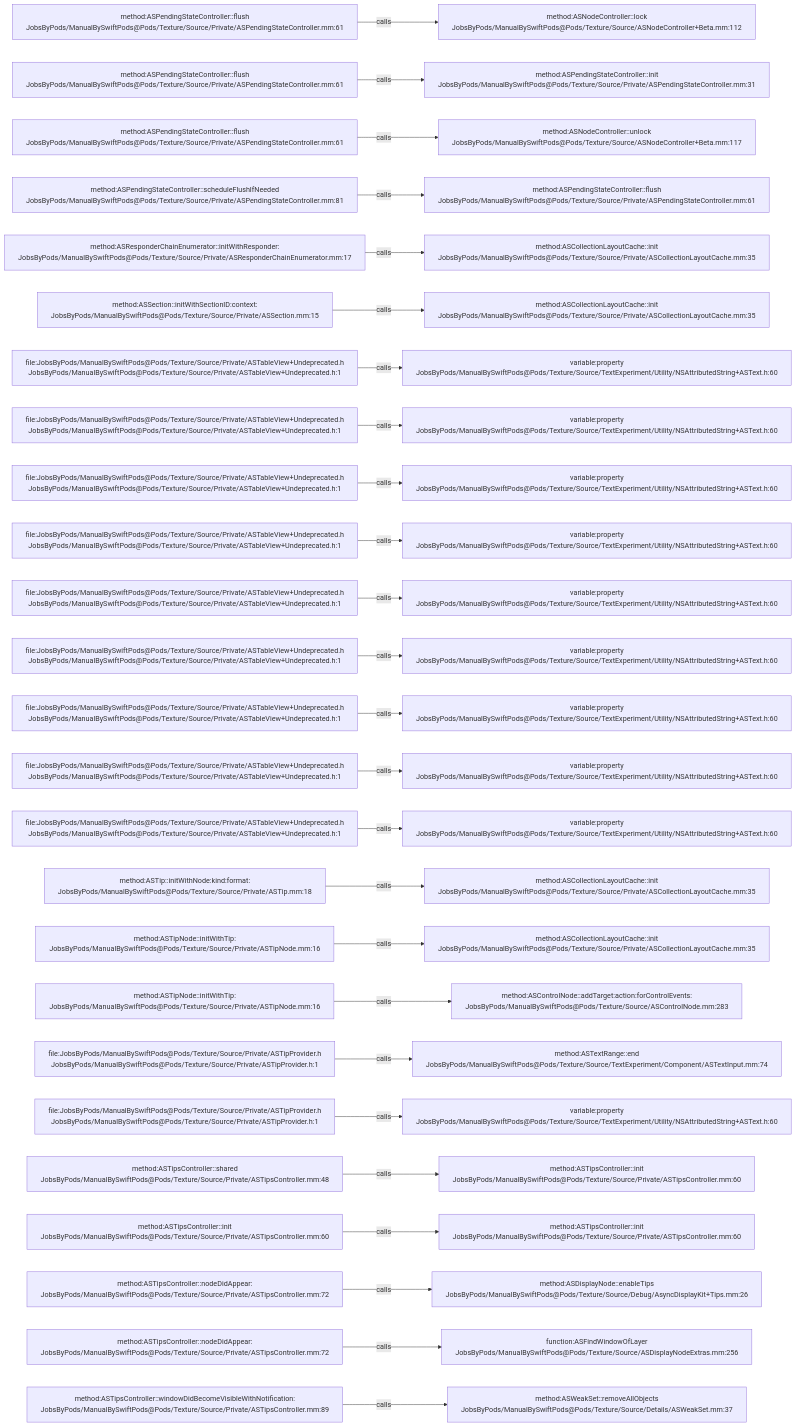
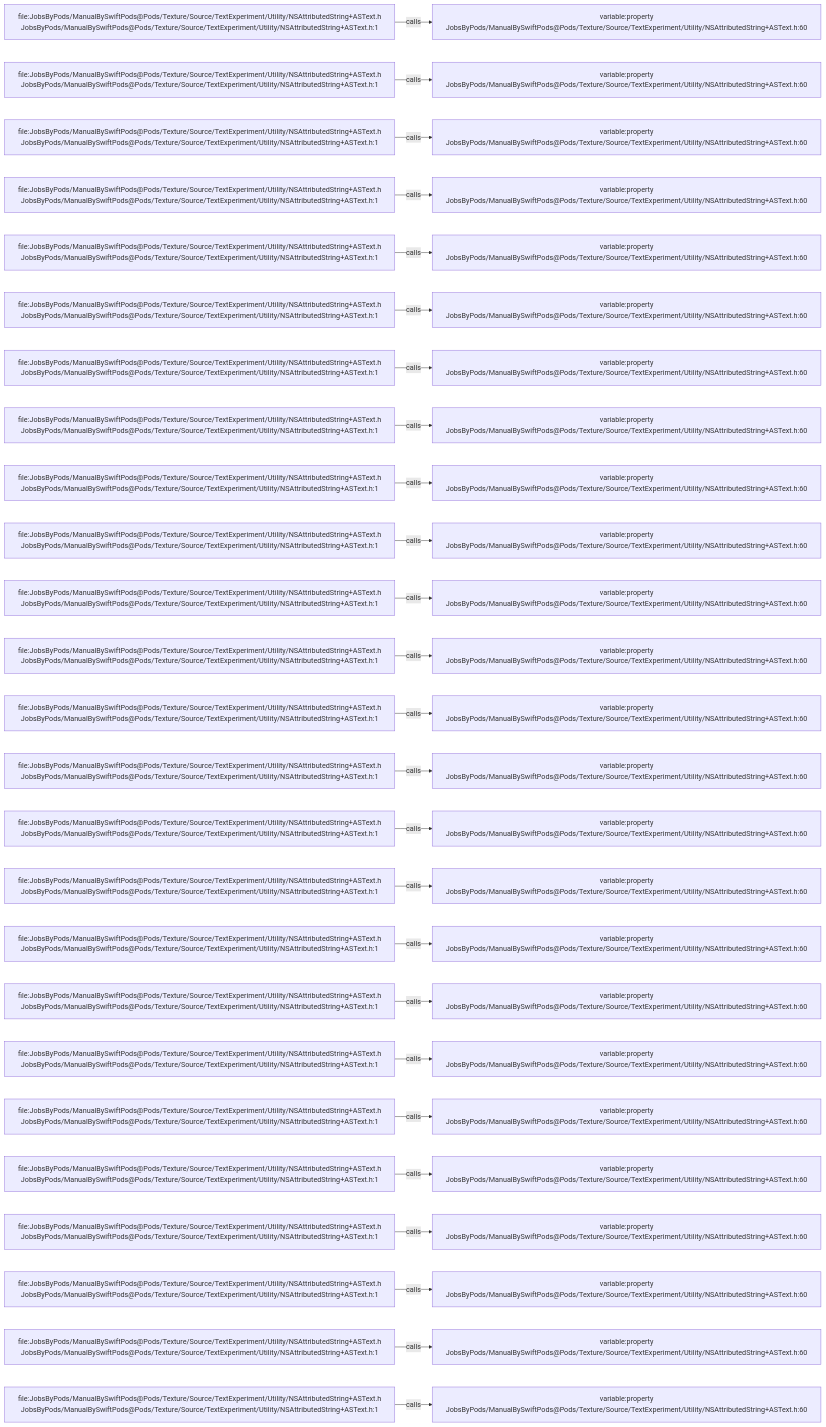
One commit to JobsKits/JobsSwiftBaseConfigDemo changed the diagram in .codegraph/codegraph.md/graphs/calls-141.md. Above: the diagram before and after it, drawn with Mermaid. The commit also changed 832 other files, not shown here.

````diff
--- a/.codegraph/codegraph.md/graphs/calls-141.md
+++ b/.codegraph/codegraph.md/graphs/calls-141.md
@@ -13,78 +13,78 @@
 ```mermaid
 flowchart LR
-  S1["method:ASPendingStateController::flush<br/>JobsByPods/ManualBySwiftPods@Pods/Texture/Source/Private/ASPendingStateController.mm:61"]
-  T1["method:ASNodeController::lock<br/>JobsByPods/ManualBySwiftPods@Pods/Texture/Source/ASNodeController+Beta.mm:112"]
+  S1["file:JobsByPods/ManualBySwiftPods@Pods/Texture/Source/TextExperiment/Utility/NSAttributedString+ASText.h<br/>JobsByPods/ManualBySwiftPods@Pods/Texture/Source/TextExperiment/Utility/NSAttributedString+ASText.h:1"]
+  T1["variable:property<br/>JobsByPods/ManualBySwiftPods@Pods/Texture/Source/TextExperiment/Utility/NSAttributedString+ASText.h:60"]
   S1 -->|calls| T1
-  S2["method:ASPendingStateController::flush<br/>JobsByPods/ManualBySwiftPods@Pods/Texture/Source/Private/ASPendingStateController.mm:61"]
-  T2["method:ASPendingStateController::init<br/>JobsByPods/ManualBySwiftPods@Pods/Texture/Source/Private/ASPendingStateController.mm:31"]
+  S2["file:JobsByPods/ManualBySwiftPods@Pods/Texture/Source/TextExperiment/Utility/NSAttributedString+ASText.h<br/>JobsByPods/ManualBySwiftPods@Pods/Texture/Source/TextExperiment/Utility/NSAttributedString+ASText.h:1"]
+  T2["variable:property<br/>JobsByPods/ManualBySwiftPods@Pods/Texture/Source/TextExperiment/Utility/NSAttributedString+ASText.h:60"]
   S2 -->|calls| T2
-  S3["method:ASPendingStateController::flush<br/>JobsByPods/ManualBySwiftPods@Pods/Texture/Source/Private/ASPendingStateController.mm:61"]
-  T3["method:ASNodeController::unlock<br/>JobsByPods/ManualBySwiftPods@Pods/Texture/Source/ASNodeController+Beta.mm:117"]
+  S3["file:JobsByPods/ManualBySwiftPods@Pods/Texture/Source/TextExperiment/Utility/NSAttributedString+ASText.h<br/>JobsByPods/ManualBySwiftPods@Pods/Texture/Source/TextExperiment/Utility/NSAttributedString+ASText.h:1"]
+  T3["variable:property<br/>JobsByPods/ManualBySwiftPods@Pods/Texture/Source/TextExperiment/Utility/NSAttributedString+ASText.h:60"]
   S3 -->|calls| T3
-  S4["method:ASPendingStateController::scheduleFlushIfNeeded<br/>JobsByPods/ManualBySwiftPods@Pods/Texture/Source/Private/ASPendingStateController.mm:81"]
-  T4["method:ASPendingStateController::flush<br/>JobsByPods/ManualBySwiftPods@Pods/Texture/Source/Private/ASPendingStateController.mm:61"]
+  S4["file:JobsByPods/ManualBySwiftPods@Pods/Texture/Source/TextExperiment/Utility/NSAttributedString+ASText.h<br/>JobsByPods/ManualBySwiftPods@Pods/Texture/Source/TextExperiment/Utility/NSAttributedString+ASText.h:1"]
+  T4["variable:property<br/>JobsByPods/ManualBySwiftPods@Pods/Texture/Source/TextExperiment/Utility/NSAttributedString+ASText.h:60"]
   S4 -->|calls| T4
-  S5["method:ASResponderChainEnumerator::initWithResponder:<br/>JobsByPods/ManualBySwiftPods@Pods/Texture/Source/Private/ASResponderChainEnumerator.mm:17"]
-  T5["method:ASCollectionLayoutCache::init<br/>JobsByPods/ManualBySwiftPods@Pods/Texture/Source/Private/ASCollectionLayoutCache.mm:35"]
+  S5["file:JobsByPods/ManualBySwiftPods@Pods/Texture/Source/TextExperiment/Utility/NSAttributedString+ASText.h<br/>JobsByPods/ManualBySwiftPods@Pods/Texture/Source/TextExperiment/Utility/NSAttributedString+ASText.h:1"]
+  T5["variable:property<br/>JobsByPods/ManualBySwiftPods@Pods/Texture/Source/TextExperiment/Utility/NSAttributedString+ASText.h:60"]
   S5 -->|calls| T5
-  S6["method:ASSection::initWithSectionID:context:<br/>JobsByPods/ManualBySwiftPods@Pods/Texture/Source/Private/ASSection.mm:15"]
-  T6["method:ASCollectionLayoutCache::init<br/>JobsByPods/ManualBySwiftPods@Pods/Texture/Source/Private/ASCollectionLayoutCache.mm:35"]
+  S6["file:JobsByPods/ManualBySwiftPods@Pods/Texture/Source/TextExperiment/Utility/NSAttributedString+ASText.h<br/>JobsByPods/ManualBySwiftPods@Pods/Texture/Source/TextExperiment/Utility/NSAttributedString+ASText.h:1"]
+  T6["variable:property<br/>JobsByPods/ManualBySwiftPods@Pods/Texture/Source/TextExperiment/Utility/NSAttributedString+ASText.h:60"]
   S6 -->|calls| T6
-  S7["file:JobsByPods/ManualBySwiftPods@Pods/Texture/Source/Private/ASTableView+Undeprecated.h<br/>JobsByPods/ManualBySwiftPods@Pods/Texture/Source/Private/ASTableView+Undeprecated.h:1"]
+  S7["file:JobsByPods/ManualBySwiftPods@Pods/Texture/Source/TextExperiment/Utility/NSAttributedString+ASText.h<br/>JobsByPods/ManualBySwiftPods@Pods/Texture/Source/TextExperiment/Utility/NSAttributedString+ASText.h:1"]
   T7["variable:property<br/>JobsByPods/ManualBySwiftPods@Pods/Texture/Source/TextExperiment/Utility/NSAttributedString+ASText.h:60"]
   S7 -->|calls| T7
-  S8["file:JobsByPods/ManualBySwiftPods@Pods/Texture/Source/Private/ASTableView+Undeprecated.h<br/>JobsByPods/ManualBySwiftPods@Pods/Texture/Source/Private/ASTableView+Undeprecated.h:1"]
+  S8["file:JobsByPods/ManualBySwiftPods@Pods/Texture/Source/TextExperiment/Utility/NSAttributedString+ASText.h<br/>JobsByPods/ManualBySwiftPods@Pods/Texture/Source/TextExperiment/Utility/NSAttributedString+ASText.h:1"]
   T8["variable:property<br/>JobsByPods/ManualBySwiftPods@Pods/Texture/Source/TextExperiment/Utility/NSAttributedString+ASText.h:60"]
   S8 -->|calls| T8
-  S9["file:JobsByPods/ManualBySwiftPods@Pods/Texture/Source/Private/ASTableView+Undeprecated.h<br/>JobsByPods/ManualBySwiftPods@Pods/Texture/Source/Private/ASTableView+Undeprecated.h:1"]
+  S9["file:JobsByPods/ManualBySwiftPods@Pods/Texture/Source/TextExperiment/Utility/NSAttributedString+ASText.h<br/>JobsByPods/ManualBySwiftPods@Pods/Texture/Source/TextExperiment/Utility/NSAttributedString+ASText.h:1"]
   T9["variable:property<br/>JobsByPods/ManualBySwiftPods@Pods/Texture/Source/TextExperiment/Utility/NSAttributedString+ASText.h:60"]
   S9 -->|calls| T9
-  S10["file:JobsByPods/ManualBySwiftPods@Pods/Texture/Source/Private/ASTableView+Undeprecated.h<br/>JobsByPods/ManualBySwiftPods@Pods/Texture/Source/Private/ASTableView+Undeprecated.h:1"]
+  S10["file:JobsByPods/ManualBySwiftPods@Pods/Texture/Source/TextExperiment/Utility/NSAttributedString+ASText.h<br/>JobsByPods/ManualBySwiftPods@Pods/Texture/Source/TextExperiment/Utility/NSAttributedString+ASText.h:1"]
   T10["variable:property<br/>JobsByPods/ManualBySwiftPods@Pods/Texture/Source/TextExperiment/Utility/NSAttributedString+ASText.h:60"]
   S10 -->|calls| T10
-  S11["file:JobsByPods/ManualBySwiftPods@Pods/Texture/Source/Private/ASTableView+Undeprecated.h<br/>JobsByPods/ManualBySwiftPods@Pods/Texture/Source/Private/ASTableView+Undeprecated.h:1"]
+  S11["file:JobsByPods/ManualBySwiftPods@Pods/Texture/Source/TextExperiment/Utility/NSAttributedString+ASText.h<br/>JobsByPods/ManualBySwiftPods@Pods/Texture/Source/TextExperiment/Utility/NSAttributedString+ASText.h:1"]
   T11["variable:property<br/>JobsByPods/ManualBySwiftPods@Pods/Texture/Source/TextExperiment/Utility/NSAttributedString+ASText.h:60"]
   S11 -->|calls| T11
-  S12["file:JobsByPods/ManualBySwiftPods@Pods/Texture/Source/Private/ASTableView+Undeprecated.h<br/>JobsByPods/ManualBySwiftPods@Pods/Texture/Source/Private/ASTableView+Undeprecated.h:1"]
+  S12["file:JobsByPods/ManualBySwiftPods@Pods/Texture/Source/TextExperiment/Utility/NSAttributedString+ASText.h<br/>JobsByPods/ManualBySwiftPods@Pods/Texture/Source/TextExperiment/Utility/NSAttributedString+ASText.h:1"]
   T12["variable:property<br/>JobsByPods/ManualBySwiftPods@Pods/Texture/Source/TextExperiment/Utility/NSAttributedString+ASText.h:60"]
   S12 -->|calls| T12
-  S13["file:JobsByPods/ManualBySwiftPods@Pods/Texture/Source/Private/ASTableView+Undeprecated.h<br/>JobsByPods/ManualBySwiftPods@Pods/Texture/Source/Private/ASTableView+Undeprecated.h:1"]
+  S13["file:JobsByPods/ManualBySwiftPods@Pods/Texture/Source/TextExperiment/Utility/NSAttributedString+ASText.h<br/>JobsByPods/ManualBySwiftPods@Pods/Texture/Source/TextExperiment/Utility/NSAttributedString+ASText.h:1"]
   T13["variable:property<br/>JobsByPods/ManualBySwiftPods@Pods/Texture/Source/TextExperiment/Utility/NSAttributedString+ASText.h:60"]
   S13 -->|calls| T13
-  S14["file:JobsByPods/ManualBySwiftPods@Pods/Texture/Source/Private/ASTableView+Undeprecated.h<br/>JobsByPods/ManualBySwiftPods@Pods/Texture/Source/Private/ASTableView+Undeprecated.h:1"]
+  S14["file:JobsByPods/ManualBySwiftPods@Pods/Texture/Source/TextExperiment/Utility/NSAttributedString+ASText.h<br/>JobsByPods/ManualBySwiftPods@Pods/Texture/Source/TextExperiment/Utility/NSAttributedString+ASText.h:1"]
   T14["variable:property<br/>JobsByPods/ManualBySwiftPods@Pods/Texture/Source/TextExperiment/Utility/NSAttributedString+ASText.h:60"]
   S14 -->|calls| T14
-  S15["file:JobsByPods/ManualBySwiftPods@Pods/Texture/Source/Private/ASTableView+Undeprecated.h<br/>JobsByPods/ManualBySwiftPods@Pods/Texture/Source/Private/ASTableView+Undeprecated.h:1"]
+  S15["file:JobsByPods/ManualBySwiftPods@Pods/Texture/Source/TextExperiment/Utility/NSAttributedString+ASText.h<br/>JobsByPods/ManualBySwiftPods@Pods/Texture/Source/TextExperiment/Utility/NSAttributedString+ASText.h:1"]
   T15["variable:property<br/>JobsByPods/ManualBySwiftPods@Pods/Texture/Source/TextExperiment/Utility/NSAttributedString+ASText.h:60"]
   S15 -->|calls| T15
-  S16["method:ASTip::initWithNode:kind:format:<br/>JobsByPods/ManualBySwiftPods@Pods/Texture/Source/Private/ASTip.mm:18"]
-  T16["method:ASCollectionLayoutCache::init<br/>JobsByPods/ManualBySwiftPods@Pods/Texture/Source/Private/ASCollectionLayoutCache.mm:35"]
+  S16["file:JobsByPods/ManualBySwiftPods@Pods/Texture/Source/TextExperiment/Utility/NSAttributedString+ASText.h<br/>JobsByPods/ManualBySwiftPods@Pods/Texture/Source/TextExperiment/Utility/NSAttributedString+ASText.h:1"]
+  T16["variable:property<br/>JobsByPods/ManualBySwiftPods@Pods/Texture/Source/TextExperiment/Utility/NSAttributedString+ASText.h:60"]
   S16 -->|calls| T16
-  S17["method:ASTipNode::initWithTip:<br/>JobsByPods/ManualBySwiftPods@Pods/Texture/Source/Private/ASTipNode.mm:16"]
-  T17["method:ASCollectionLayoutCache::init<br/>JobsByPods/ManualBySwiftPods@Pods/Texture/Source/Private/ASCollectionLayoutCache.mm:35"]
+  S17["file:JobsByPods/ManualBySwiftPods@Pods/Texture/Source/TextExperiment/Utility/NSAttributedString+ASText.h<br/>JobsByPods/ManualBySwiftPods@Pods/Texture/Source/TextExperiment/Utility/NSAttributedString+ASText.h:1"]
+  T17["variable:property<br/>JobsByPods/ManualBySwiftPods@Pods/Texture/Source/TextExperiment/Utility/NSAttributedString+ASText.h:60"]
   S17 -->|calls| T17
-  S18["method:ASTipNode::initWithTip:<br/>JobsByPods/ManualBySwiftPods@Pods/Texture/Source/Private/ASTipNode.mm:16"]
-  T18["method:ASControlNode::addTarget:action:forControlEvents:<br/>JobsByPods/ManualBySwiftPods@Pods/Texture/Source/ASControlNode.mm:283"]
+  S18["file:JobsByPods/ManualBySwiftPods@Pods/Texture/Source/TextExperiment/Utility/NSAttributedString+ASText.h<br/>JobsByPods/ManualBySwiftPods@Pods/Texture/Source/TextExperiment/Utility/NSAttributedString+ASText.h:1"]
+  T18["variable:property<br/>JobsByPods/ManualBySwiftPods@Pods/Texture/Source/TextExperiment/Utility/NSAttributedString+ASText.h:60"]
   S18 -->|calls| T18
-  S19["file:JobsByPods/ManualBySwiftPods@Pods/Texture/Source/Private/ASTipProvider.h<br/>JobsByPods/ManualBySwiftPods@Pods/Texture/Source/Private/ASTipProvider.h:1"]
-  T19["method:ASTextRange::end<br/>JobsByPods/ManualBySwiftPods@Pods/Texture/Source/TextExperiment/Component/ASTextInput.mm:74"]
+  S19["file:JobsByPods/ManualBySwiftPods@Pods/Texture/Source/TextExperiment/Utility/NSAttributedString+ASText.h<br/>JobsByPods/ManualBySwiftPods@Pods/Texture/Source/TextExperiment/Utility/NSAttributedString+ASText.h:1"]
+  T19["variable:property<br/>JobsByPods/ManualBySwiftPods@Pods/Texture/Source/TextExperiment/Utility/NSAttributedString+ASText.h:60"]
   S19 -->|calls| T19
-  S20["file:JobsByPods/ManualBySwiftPods@Pods/Texture/Source/Private/ASTipProvider.h<br/>JobsByPods/ManualBySwiftPods@Pods/Texture/Source/Private/ASTipProvider.h:1"]
+  S20["file:JobsByPods/ManualBySwiftPods@Pods/Texture/Source/TextExperiment/Utility/NSAttributedString+ASText.h<br/>JobsByPods/ManualBySwiftPods@Pods/Texture/Source/TextExperiment/Utility/NSAttributedString+ASText.h:1"]
   T20["variable:property<br/>JobsByPods/ManualBySwiftPods@Pods/Texture/Source/TextExperiment/Utility/NSAttributedString+ASText.h:60"]
   S20 -->|calls| T20
-  S21["method:ASTipsController::shared<br/>JobsByPods/ManualBySwiftPods@Pods/Texture/Source/Private/ASTipsController.mm:48"]
-  T21["method:ASTipsController::init<br/>JobsByPods/ManualBySwiftPods@Pods/Texture/Source/Private/ASTipsController.mm:60"]
+  S21["file:JobsByPods/ManualBySwiftPods@Pods/Texture/Source/TextExperiment/Utility/NSAttributedString+ASText.h<br/>JobsByPods/ManualBySwiftPods@Pods/Texture/Source/TextExperiment/Utility/NSAttributedString+ASText.h:1"]
+  T21["variable:property<br/>JobsByPods/ManualBySwiftPods@Pods/Texture/Source/TextExperiment/Utility/NSAttributedString+ASText.h:60"]
   S21 -->|calls| T21
-  S22["method:ASTipsController::init<br/>JobsByPods/ManualBySwiftPods@Pods/Texture/Source/Private/ASTipsController.mm:60"]
-  T22["method:ASTipsController::init<br/>JobsByPods/ManualBySwiftPods@Pods/Texture/Source/Private/ASTipsController.mm:60"]
+  S22["file:JobsByPods/ManualBySwiftPods@Pods/Texture/Source/TextExperiment/Utility/NSAttributedString+ASText.h<br/>JobsByPods/ManualBySwiftPods@Pods/Texture/Source/TextExperiment/Utility/NSAttributedString+ASText.h:1"]
+  T22["variable:property<br/>JobsByPods/ManualBySwiftPods@Pods/Texture/Source/TextExperiment/Utility/NSAttributedString+ASText.h:60"]
   S22 -->|calls| T22
-  S23["method:ASTipsController::nodeDidAppear:<br/>JobsByPods/ManualBySwiftPods@Pods/Texture/Source/Private/ASTipsController.mm:72"]
-  T23["method:ASDisplayNode::enableTips<br/>JobsByPods/ManualBySwiftPods@Pods/Texture/Source/Debug/AsyncDisplayKit+Tips.mm:26"]
+  S23["file:JobsByPods/ManualBySwiftPods@Pods/Texture/Source/TextExperiment/Utility/NSAttributedString+ASText.h<br/>JobsByPods/ManualBySwiftPods@Pods/Texture/Source/TextExperiment/Utility/NSAttributedString+ASText.h:1"]
+  T23["variable:property<br/>JobsByPods/ManualBySwiftPods@Pods/Texture/Source/TextExperiment/Utility/NSAttributedString+ASText.h:60"]
   S23 -->|calls| T23
-  S24["method:ASTipsController::nodeDidAppear:<br/>JobsByPods/ManualBySwiftPods@Pods/Texture/Source/Private/ASTipsController.mm:72"]
-  T24["function:ASFindWindowOfLayer<br/>JobsByPods/ManualBySwiftPods@Pods/Texture/Source/ASDisplayNodeExtras.mm:256"]
+  S24["file:JobsByPods/ManualBySwiftPods@Pods/Texture/Source/TextExperiment/Utility/NSAttributedString+ASText.h<br/>JobsByPods/ManualBySwiftPods@Pods/Texture/Source/TextExperiment/Utility/NSAttributedString+ASText.h:1"]
+  T24["variable:property<br/>JobsByPods/ManualBySwiftPods@Pods/Texture/Source/TextExperiment/Utility/NSAttributedString+ASText.h:60"]
   S24 -->|calls| T24
-  S25["method:ASTipsController::windowDidBecomeVisibleWithNotification:<br/>JobsByPods/ManualBySwiftPods@Pods/Texture/Source/Private/ASTipsController.mm:89"]
-  T25["method:ASWeakSet::removeAllObjects<br/>JobsByPods/ManualBySwiftPods@Pods/Texture/Source/Details/ASWeakSet.mm:37"]
+  S25["file:JobsByPods/ManualBySwiftPods@Pods/Texture/Source/TextExperiment/Utility/NSAttributedString+ASText.h<br/>JobsByPods/ManualBySwiftPods@Pods/Texture/Source/TextExperiment/Utility/NSAttributedString+ASText.h:1"]
+  T25["variable:property<br/>JobsByPods/ManualBySwiftPods@Pods/Texture/Source/TextExperiment/Utility/NSAttributedString+ASText.h:60"]
   S25 -->|calls| T25
 ```
````
